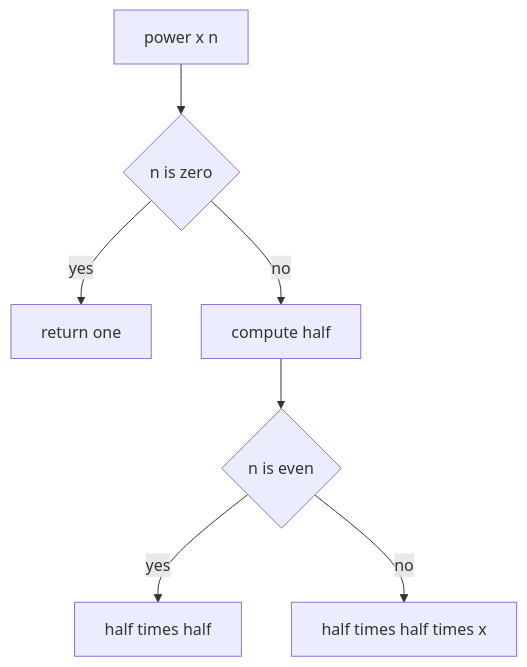
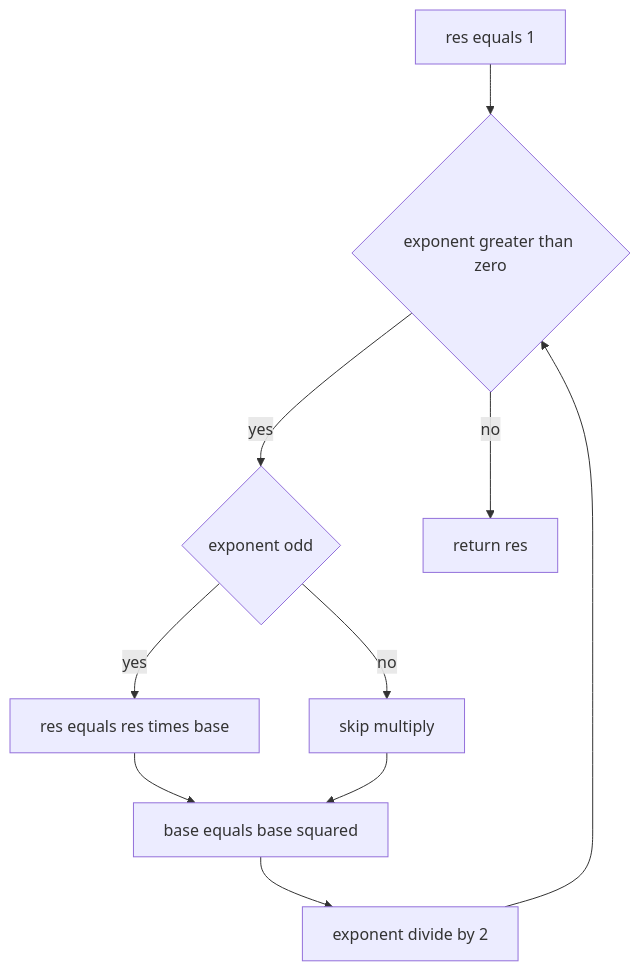
Before and after one commit to mthaiseer/springcloud-systemdesign-notes: the fifth of 14 diagrams in CP_DSA_NOTES/000_MATH/001_cp_maths_basics.md, drawn with Mermaid. The commit also changed other lines of this file and 1 other file, not shown here.

````diff
--- a/CP_DSA_NOTES/000_MATH/001_cp_maths_basics.md
+++ b/CP_DSA_NOTES/000_MATH/001_cp_maths_basics.md
@@ -99,9 +155,12 @@
 ```mermaid
 flowchart TD
-    A[power x n] --> B{n is zero}
-    B -->|yes| C[return one]
-    B -->|no| D[compute half]
-    D --> E{n is even}
-    E -->|yes| F[half times half]
-    E -->|no| G[half times half times x]
+    A[res equals 1] --> B{exponent greater than zero}
+    B -->|yes| C{exponent odd}
+    C -->|yes| D[res equals res times base]
+    C -->|no| E[skip multiply]
+    D --> F[base equals base squared]
+    E --> F
+    F --> G[exponent divide by 2]
+    G --> B
+    B -->|no| H[return res]
 ```
````
